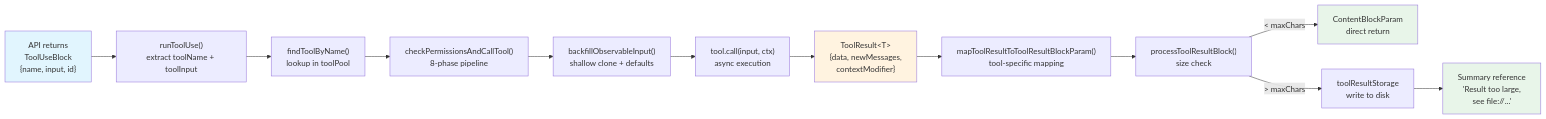
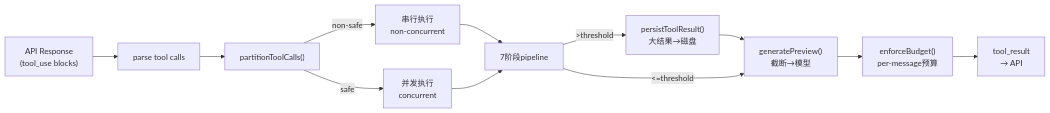
The third of 8 diagrams in branches/main/task-analyses/T-05-tool-system-core.md (LiuYuuChen/clawcode_analysis), drawn with Mermaid before and after one commit. The commit also changed other lines of this file and 137 other files, not shown here.

````diff
--- a/branches/main/task-analyses/T-05-tool-system-core.md
+++ b/branches/main/task-analyses/T-05-tool-system-core.md
@@ -800,19 +344,22 @@
 ```mermaid
 flowchart LR
-    A["API returns<br/>ToolUseBlock<br/>{name, input, id}"] --> B["runToolUse()<br/>extract toolName + toolInput"]
-    B --> C["findToolByName()<br/>lookup in toolPool"]
-    C --> D["checkPermissionsAndCallTool()<br/>8-phase pipeline"]
-    D --> E["backfillObservableInput()<br/>shallow clone + defaults"]
-    E --> F["tool.call(input, ctx)<br/>async execution"]
-    F --> G["ToolResult&lt;T&gt;<br/>{data, newMessages,<br/>contextModifier}"]
-    G --> H["mapToolResultToToolResultBlockParam()<br/>tool-specific mapping"]
-    H --> I["processToolResultBlock()<br/>size check"]
-    I -->|"< maxChars"| J["ContentBlockParam<br/>direct return"]
-    I -->|"> maxChars"| K["toolResultStorage<br/>write to disk"]
-    K --> L["Summary reference<br/>'Result too large,<br/>see file://...'"]
+    API_RESP["API Response<br/>(tool_use blocks)"]
+    PARSE["parse tool calls"]
+    PARTITION["partitionToolCalls()"]
+    SERIAL["串行执行<br/>non-concurrent"]
+    CONCUR["并发执行<br/>concurrent"]
+    EXEC["7阶段pipeline"]
+    PERSIST["persistToolResult()<br/>大结果→磁盘"]
+    PREVIEW["generatePreview()<br/>截断→模型"]
+    BUDGET["enforceBudget()<br/>per-message预算"]
+    RESULT["tool_result<br/>→ API"]
 
-    style A fill:#e1f5fe
-    style G fill:#fff3e0
-    style J fill:#e8f5e9
-    style L fill:#e8f5e9
+    API_RESP --> PARSE --> PARTITION
+    PARTITION -->|non-safe| SERIAL
+    PARTITION -->|safe| CONCUR
+    SERIAL --> EXEC
+    CONCUR --> EXEC
+    EXEC -->|>threshold| PERSIST --> PREVIEW
+    EXEC -->|<=threshold| PREVIEW
+    PREVIEW --> BUDGET --> RESULT
 ```
````
